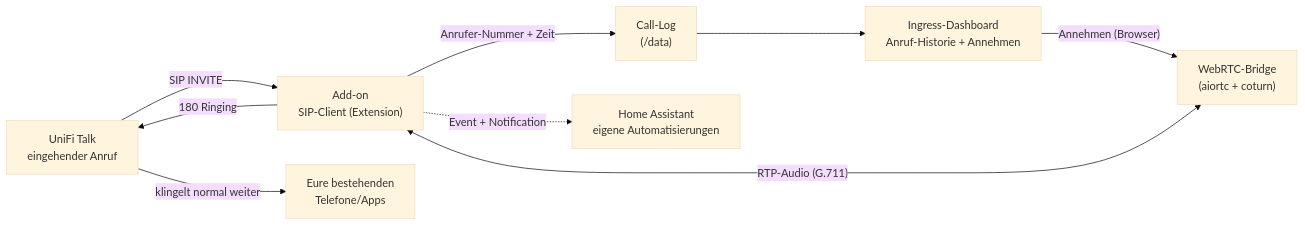
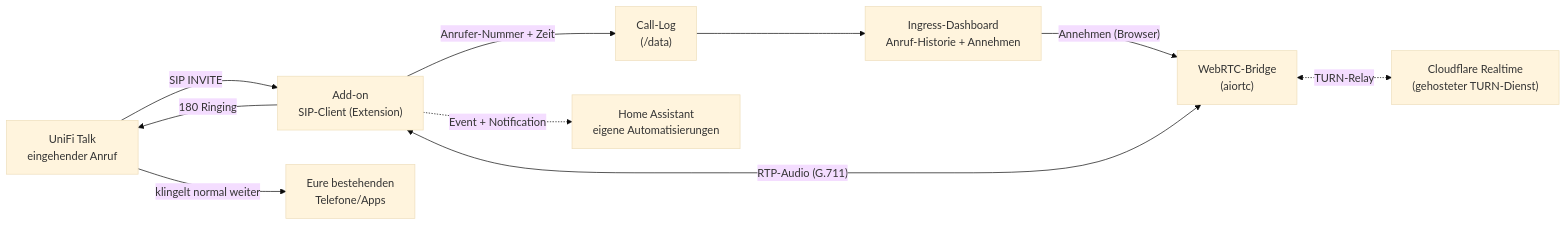
Before and after one commit to martin141089/unifi-talk-softphone: the diagram in README.md, drawn with Mermaid (base theme). The commit also changed other lines of this file and 7 other files, not shown here.

First line of the commit message:
0.2.1: TURN über Cloudflare Realtime statt selbst gehostetem coturn

````diff
--- a/README.md
+++ b/README.md
@@ -15,11 +15,12 @@
 ```mermaid
 flowchart LR
     A["UniFi Talk<br/>eingehender Anruf"] -->|"SIP INVITE"| B["Add-on<br/>SIP-Client (Extension)"]
     B -->|"180 Ringing"| A
     A -->|"klingelt normal weiter"| C["Eure bestehenden<br/>Telefone/Apps"]
     B -->|"Anrufer-Nummer + Zeit"| D["Call-Log<br/>(/data)"]
     D --> E["Ingress-Dashboard<br/>Anruf-Historie + Annehmen"]
-    E -->|"Annehmen (Browser)"| F["WebRTC-Bridge<br/>(aiortc + coturn)"]
+    E -->|"Annehmen (Browser)"| F["WebRTC-Bridge<br/>(aiortc)"]
+    F <-.->|"TURN-Relay"| H["Cloudflare Realtime<br/>(gehosteter TURN-Dienst)"]
     F <-->|"RTP-Audio (G.711)"| B
     B -.->|"Event + Notification"| G["Home Assistant<br/>eigene Automatisierungen"]
 ```
````
